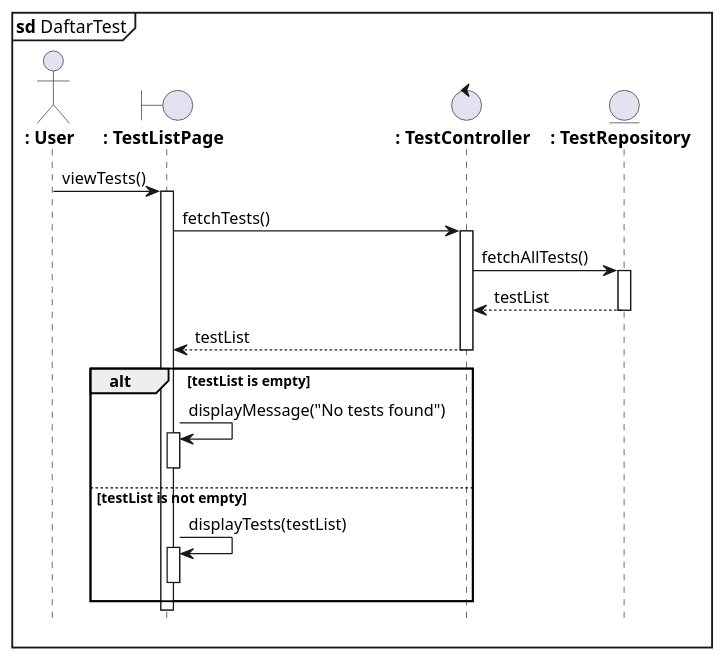
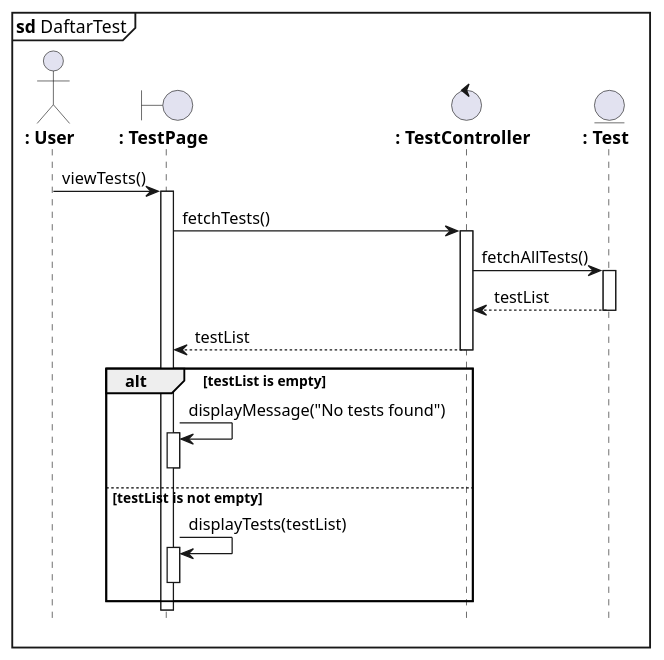
Before and after one commit to azrappp/learning_uml2.0_pmul: the diagram in daftar_test.puml, drawn with PlantUML. The commit also changed 24 other files, not shown here.

```diff
--- a/daftar_test.puml
+++ b/daftar_test.puml
@@ -1,39 +1,39 @@
 @startuml
 mainframe **sd** DaftarTest
 hide footbox
 
 actor "**: User**" as User
-boundary "**: TestListPage**" as TestListPage
+boundary "**: TestPage**" as TestListPage
 control "**: TestController**" as TestController
-entity "**: TestRepository**" as TestRepository
+entity "**: Test**" as TestRepository
 
 User -> TestListPage : viewTests()
 activate TestListPage
 
 TestListPage -> TestController : fetchTests()
 activate TestController
 
 TestController -> TestRepository : fetchAllTests()
 activate TestRepository
 
 TestRepository --> TestController : testList
 deactivate TestRepository
 
 TestController --> TestListPage : testList
 deactivate TestController
 
 alt testList is empty
     TestListPage -> TestListPage : displayMessage("No tests found")
     
 activate TestListPage
 deactivate TestListPage
 else testList is not empty
     TestListPage -> TestListPage : displayTests(testList)
 
 activate TestListPage
 deactivate TestListPage
 end
 
 deactivate TestListPage
 
 @enduml
```
